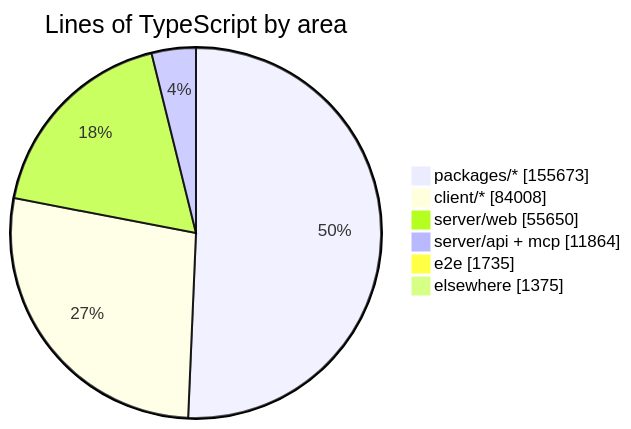
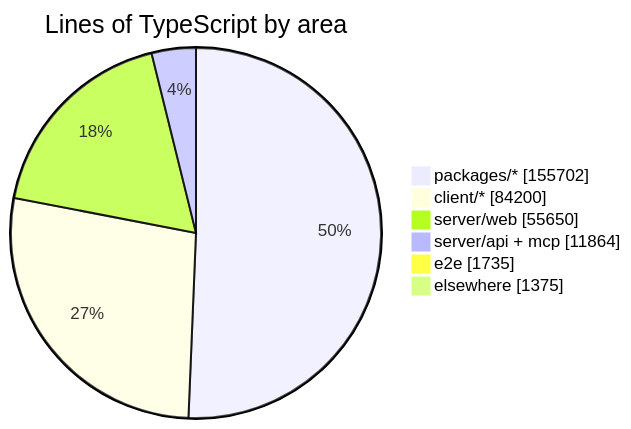
One commit to crossworks-engineering/mantle changed the diagram in README.md. Above: the diagram before and after it, drawn with Mermaid. The commit also changed other lines of this file and 4 other files, not shown here.

````diff
--- a/README.md
+++ b/README.md
@@ -279,9 +279,9 @@
 ```mermaid
 pie showData title Lines of TypeScript by area
-    "packages/*" : 155673
-    "client/*" : 84008
+    "packages/*" : 155702
+    "client/*" : 84200
     "server/web" : 55650
     "server/api + mcp" : 11864
     "e2e" : 1735
     "elsewhere" : 1375
 ```
````
